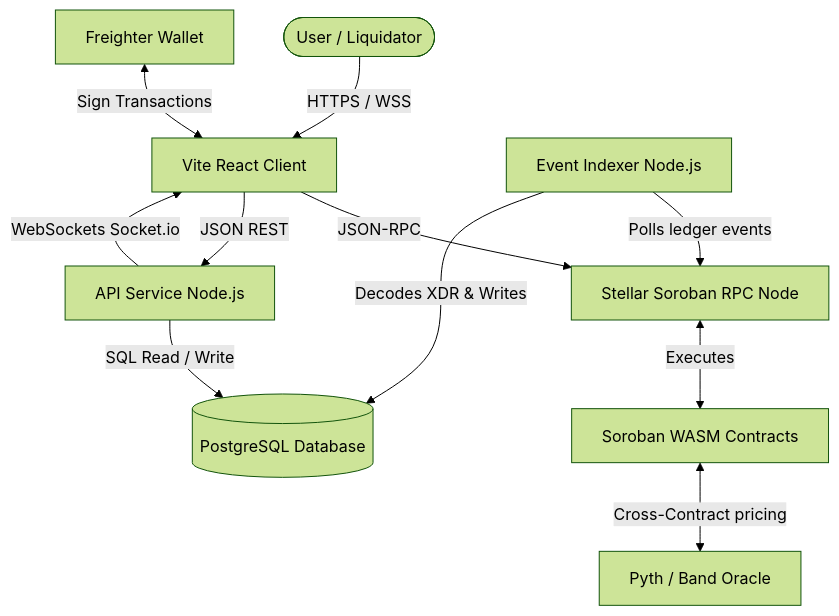
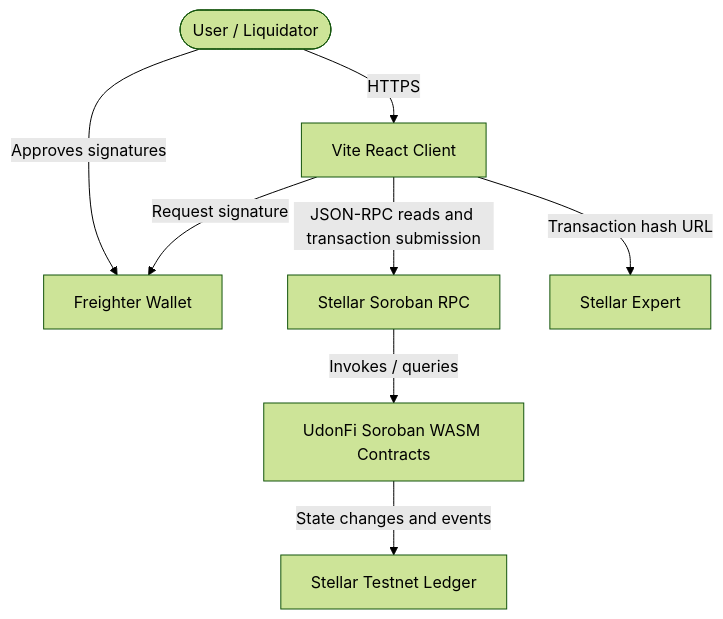
One commit to TheAnh1404/UdonFi changed the diagram in diagrams/container_diagram.md. Above: the diagram before and after it, drawn with Mermaid (forest theme). The commit also changed other lines of this file and 191 other files, not shown here.

````diff
--- a/diagrams/container_diagram.md
+++ b/diagrams/container_diagram.md
@@ -5,18 +5,10 @@
 ```mermaid
 graph TB
-    User([User / Liquidator]) -->|HTTPS / WSS| Web[Vite React Client]
-    Wallet[Freighter Wallet] <-->|Sign Transactions| Web
-    
-    Web -->|JSON-RPC| RPC[Stellar Soroban RPC Node]
-    RPC <-->|Executes| Contracts[Soroban WASM Contracts]
-    
-    Web -->|JSON REST| Backend[API Service Node.js]
-    
-    Indexer[Event Indexer Node.js] -->|Polls ledger events| RPC
-    Indexer -->|Decodes XDR & Writes| DB[(PostgreSQL Database)]
-    
-    Backend -->|SQL Read / Write| DB
-    Backend -->|WebSockets Socket.io| Web
-    
-    Contracts <-->|Cross-Contract pricing| Pyth[Pyth / Band Oracle]
+    User([User / Liquidator]) -->|HTTPS| Web[Vite React Client]
+    User -->|Approves signatures| Wallet[Freighter Wallet]
+    Web -->|Request signature| Wallet
+    Web -->|JSON-RPC reads and transaction submission| RPC[Stellar Soroban RPC]
+    RPC -->|Invokes / queries| Contracts[UdonFi Soroban WASM Contracts]
+    Contracts -->|State changes and events| Ledger[Stellar Testnet Ledger]
+    Web -->|Transaction hash URL| Expert[Stellar Expert]
 ```
````
